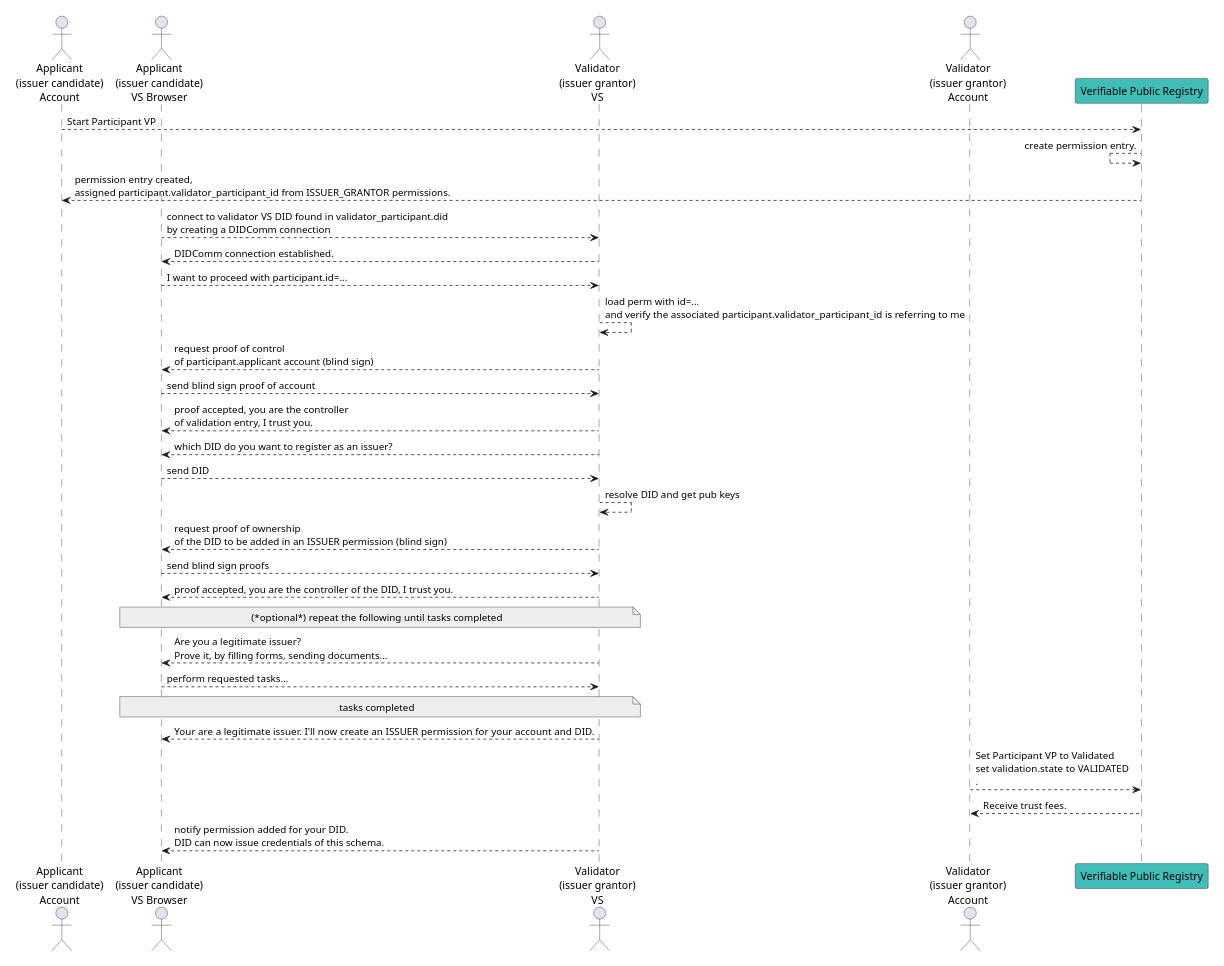
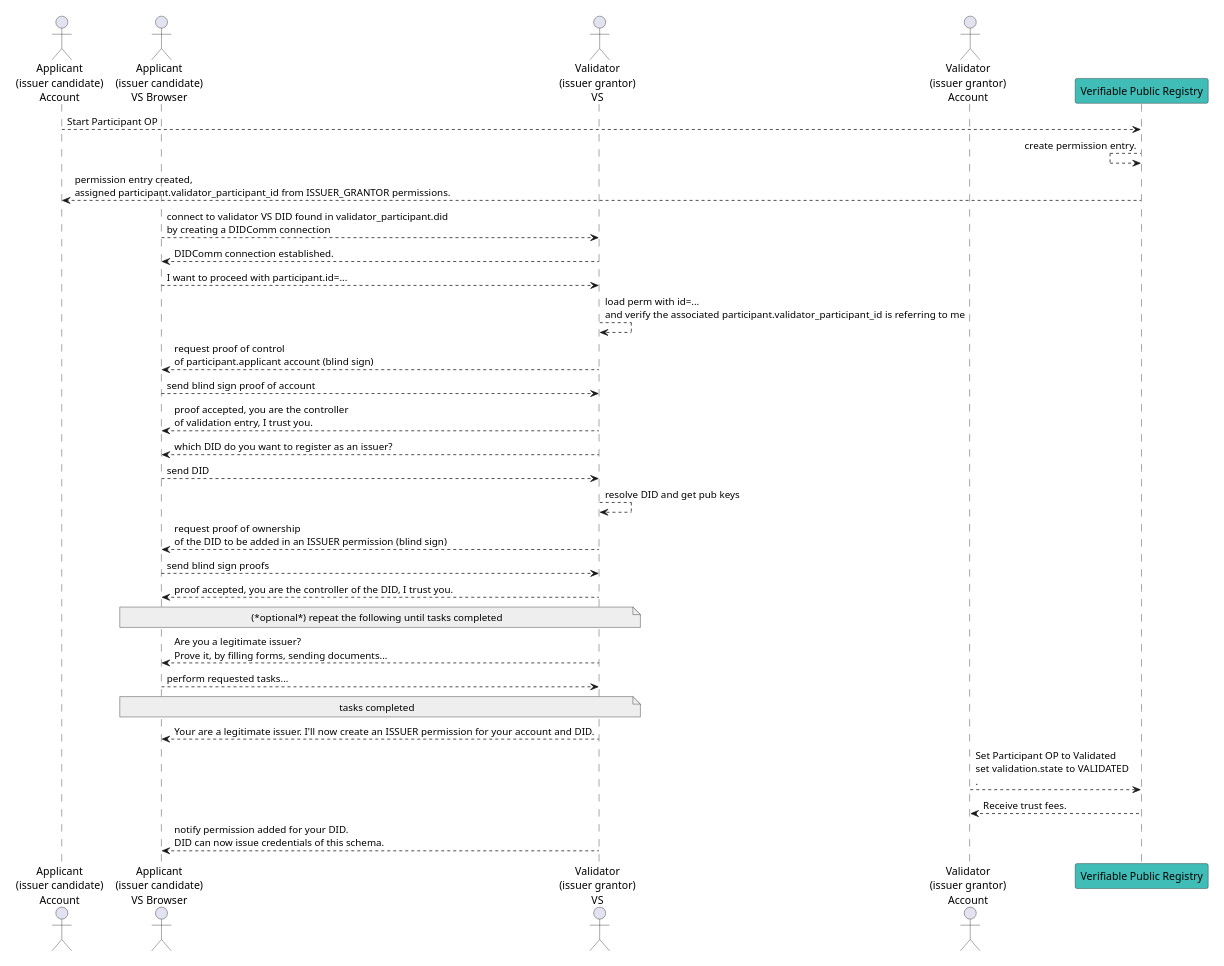
Before and after one commit to verana-labs/verifiable-trust-vpr-spec: diagram 20 of 20 in spec.md, drawn with PlantUML. The commit also changed other lines of this file, not shown here.

````diff
--- a/spec.md
+++ b/spec.md
@@ -4750,35 +4750,35 @@
 ```plantuml
 scale max 800 width
 actor "Applicant\n(issuer candidate)\nAccount" as ApplicantAccount 
 actor "Applicant\n(issuer candidate)\nVS Browser" as ApplicantBrowser 
 
 actor "Validator\n(issuer grantor)\nVS" as ValidatorVS
 actor "Validator\n(issuer grantor)\nAccount" as ValidatorAccount
 
 participant "Verifiable Public Registry" as VPR #3fbdb6
 
-ApplicantAccount --> VPR: Start Participant VP
+ApplicantAccount --> VPR: Start Participant OP
 VPR <-- VPR: create permission entry.
 ApplicantAccount <-- VPR: permission entry created,\nassigned participant.validator_participant_id from ISSUER_GRANTOR permissions.
 ApplicantBrowser --> ValidatorVS: connect to validator VS DID found in validator_participant.did\nby creating a DIDComm connection
 ApplicantBrowser <-- ValidatorVS: DIDComm connection established.
 ApplicantBrowser --> ValidatorVS: I want to proceed with participant.id=...
 ValidatorVS --> ValidatorVS: load perm with id=...\nand verify the associated participant.validator_participant_id is referring to me
 ApplicantBrowser <-- ValidatorVS: request proof of control\nof participant.applicant account (blind sign)
 ApplicantBrowser --> ValidatorVS: send blind sign proof of account
 ApplicantBrowser <-- ValidatorVS: proof accepted, you are the controller\nof validation entry, I trust you.
 ApplicantBrowser <-- ValidatorVS: which DID do you want to register as an issuer?
 ApplicantBrowser --> ValidatorVS: send DID
 ValidatorVS --> ValidatorVS: resolve DID and get pub keys
 ApplicantBrowser <-- ValidatorVS: request proof of ownership\nof the DID to be added in an ISSUER permission (blind sign)
 ApplicantBrowser --> ValidatorVS: send blind sign proofs
 ApplicantBrowser <-- ValidatorVS: proof accepted, you are the controller of the DID, I trust you.
 note over ApplicantBrowser, ValidatorVS #EEEEEE: (*optional*) repeat the following until tasks completed
 ApplicantBrowser <-- ValidatorVS: Are you a legitimate issuer?\nProve it, by filling forms, sending documents...
 ApplicantBrowser --> ValidatorVS: perform requested tasks...
 note over ApplicantBrowser, ValidatorVS #EEEEEE: tasks completed
 ApplicantBrowser <-- ValidatorVS: Your are a legitimate issuer. I'll now create an ISSUER permission for your account and DID.
-ValidatorAccount --> VPR #3fbdb6: Set Participant VP to Validated\nset validation.state to VALIDATED\n.
+ValidatorAccount --> VPR #3fbdb6: Set Participant OP to Validated\nset validation.state to VALIDATED\n.
 VPR --> ValidatorAccount: Receive trust fees.
 ApplicantBrowser <-- ValidatorVS: notify permission added for your DID.\nDID can now issue credentials of this schema.
 ```
````
